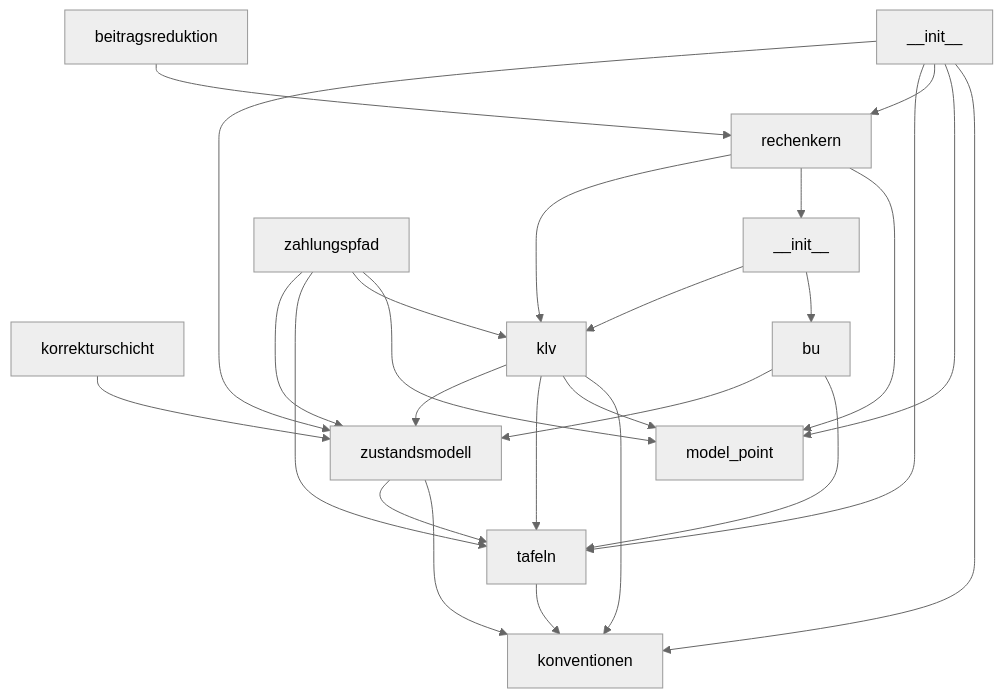
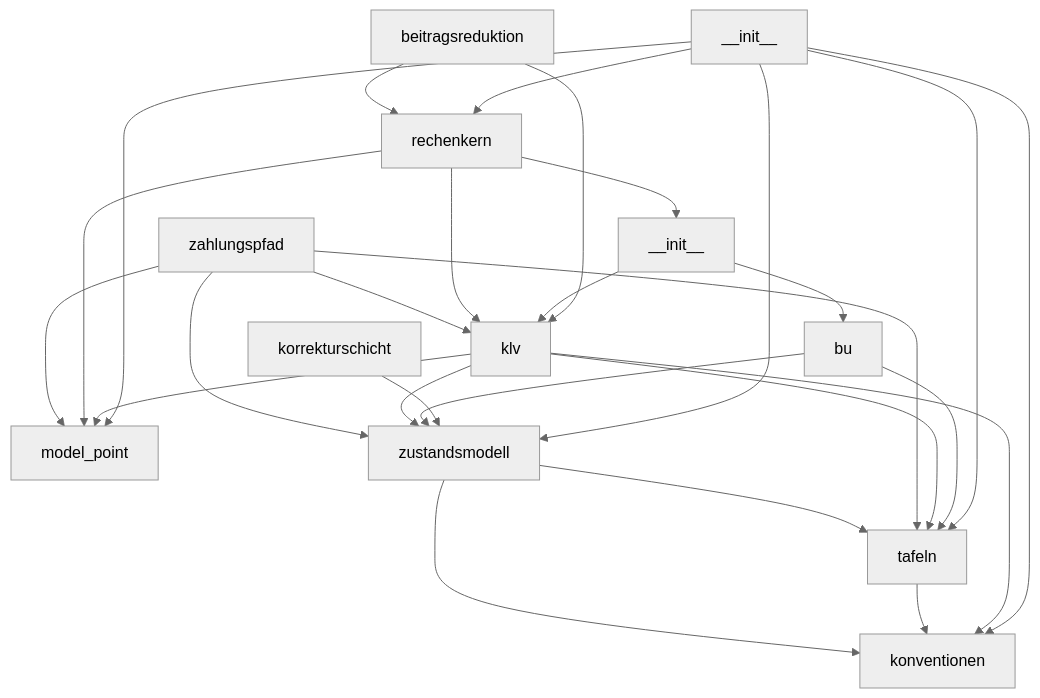
One commit to bartlmac/rechner-pipeline changed the third of 3 diagrams in docs/architektur/landkarte.md. Above: the diagram before and after it, drawn with Mermaid (neutral theme). The commit also changed other lines of this file and 7 other files, not shown here.

````diff
--- a/docs/architektur/landkarte.md
+++ b/docs/architektur/landkarte.md
@@ -95,41 +95,42 @@
 ```mermaid
 %% kern — erzeugt von ontologie.landkarte
 flowchart TD
     rechner_pipeline_kern___init___py["__init__"]
     rechner_pipeline_kern_beitragsreduktion_py["beitragsreduktion"]
     rechner_pipeline_kern_konventionen_py["konventionen"]
     rechner_pipeline_kern_korrekturschicht_py["korrekturschicht"]
     rechner_pipeline_kern_model_point_py["model_point"]
     rechner_pipeline_kern_produkte___init___py["__init__"]
     rechner_pipeline_kern_produkte_bu_py["bu"]
     rechner_pipeline_kern_produkte_klv_py["klv"]
     rechner_pipeline_kern_rechenkern_py["rechenkern"]
     rechner_pipeline_kern_tafeln_py["tafeln"]
     rechner_pipeline_kern_zahlungspfad_py["zahlungspfad"]
     rechner_pipeline_kern_zustandsmodell_py["zustandsmodell"]
     rechner_pipeline_kern___init___py --> rechner_pipeline_kern_konventionen_py
     rechner_pipeline_kern___init___py --> rechner_pipeline_kern_model_point_py
     rechner_pipeline_kern___init___py --> rechner_pipeline_kern_rechenkern_py
     rechner_pipeline_kern___init___py --> rechner_pipeline_kern_tafeln_py
     rechner_pipeline_kern___init___py --> rechner_pipeline_kern_zustandsmodell_py
+    rechner_pipeline_kern_beitragsreduktion_py --> rechner_pipeline_kern_produkte_klv_py
     rechner_pipeline_kern_beitragsreduktion_py --> rechner_pipeline_kern_rechenkern_py
     rechner_pipeline_kern_korrekturschicht_py --> rechner_pipeline_kern_zustandsmodell_py
     rechner_pipeline_kern_produkte___init___py --> rechner_pipeline_kern_produkte_bu_py
     rechner_pipeline_kern_produkte___init___py --> rechner_pipeline_kern_produkte_klv_py
     rechner_pipeline_kern_produkte_bu_py --> rechner_pipeline_kern_tafeln_py
     rechner_pipeline_kern_produkte_bu_py --> rechner_pipeline_kern_zustandsmodell_py
     rechner_pipeline_kern_produkte_klv_py --> rechner_pipeline_kern_konventionen_py
     rechner_pipeline_kern_produkte_klv_py --> rechner_pipeline_kern_model_point_py
     rechner_pipeline_kern_produkte_klv_py --> rechner_pipeline_kern_tafeln_py
     rechner_pipeline_kern_produkte_klv_py --> rechner_pipeline_kern_zustandsmodell_py
     rechner_pipeline_kern_rechenkern_py --> rechner_pipeline_kern_model_point_py
     rechner_pipeline_kern_rechenkern_py --> rechner_pipeline_kern_produkte___init___py
     rechner_pipeline_kern_rechenkern_py --> rechner_pipeline_kern_produkte_klv_py
     rechner_pipeline_kern_tafeln_py --> rechner_pipeline_kern_konventionen_py
     rechner_pipeline_kern_zahlungspfad_py --> rechner_pipeline_kern_model_point_py
     rechner_pipeline_kern_zahlungspfad_py --> rechner_pipeline_kern_produkte_klv_py
     rechner_pipeline_kern_zahlungspfad_py --> rechner_pipeline_kern_tafeln_py
     rechner_pipeline_kern_zahlungspfad_py --> rechner_pipeline_kern_zustandsmodell_py
     rechner_pipeline_kern_zustandsmodell_py --> rechner_pipeline_kern_konventionen_py
     rechner_pipeline_kern_zustandsmodell_py --> rechner_pipeline_kern_tafeln_py
 ```
````
